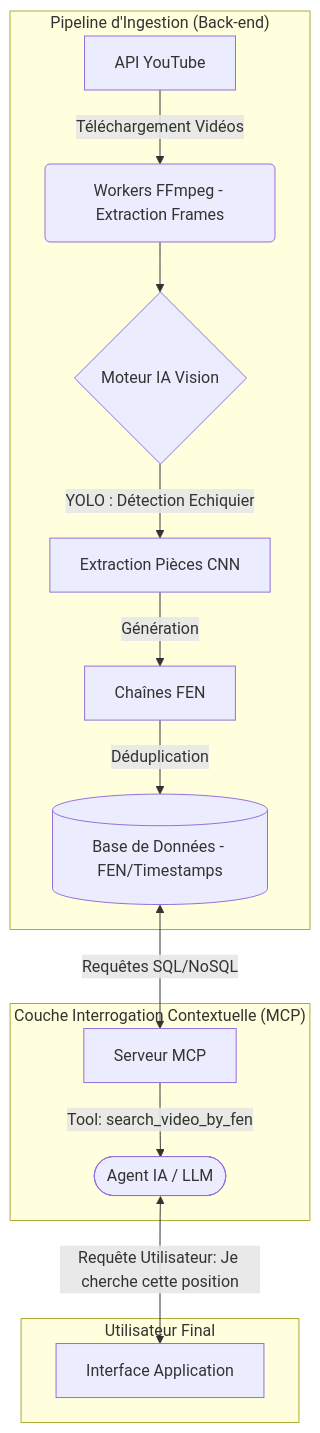
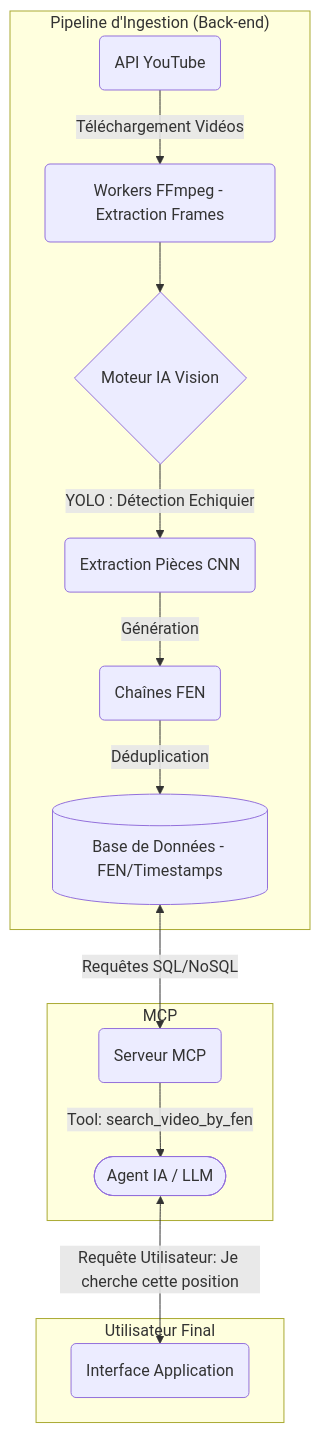
One commit to RandomFab/AGENT_IA_FFE changed the diagram in ETUDE_DE_FAISABILITE.md. Above: the diagram before and after it, drawn with Mermaid. The commit also changed other lines of this file and 2 other files, not shown here.

````diff
--- a/ETUDE_DE_FAISABILITE.md
+++ b/ETUDE_DE_FAISABILITE.md
@@ -35,19 +35,19 @@
 ```mermaid
 graph TD;
     subgraph "Pipeline d'Ingestion (Back-end)"
-        A[API YouTube] -->|Téléchargement Vidéos| B(Workers FFmpeg - Extraction Frames)
+        A(API YouTube) -->|Téléchargement Vidéos| B(Workers FFmpeg - Extraction Frames)
         B --> C{Moteur IA Vision}
-        C -->|YOLO : Détection Echiquier| D[Extraction Pièces CNN]
-        D -->|Génération| E[Chaînes FEN]
+        C -->|YOLO : Détection Echiquier| D(Extraction Pièces CNN)
+        D -->|Génération| E(Chaînes FEN)
         E -->|Déduplication| F[(Base de Données - FEN/Timestamps)]
     end
 
-    subgraph "Couche Interrogation Contextuelle (MCP)"
-        F <-->|Requêtes SQL/NoSQL| G[Serveur MCP]
+    subgraph "MCP"
+        F <-->|Requêtes SQL/NoSQL| G(Serveur MCP)
         G -->|Tool: search_video_by_fen| H([Agent IA / LLM])
     end
 
     subgraph "Utilisateur Final"
-        H <-->|Requête Utilisateur: Je cherche cette position| I[Interface Application]
+        H <-->|Requête Utilisateur: Je cherche cette position| I(Interface Application)
     end
 ```
````
